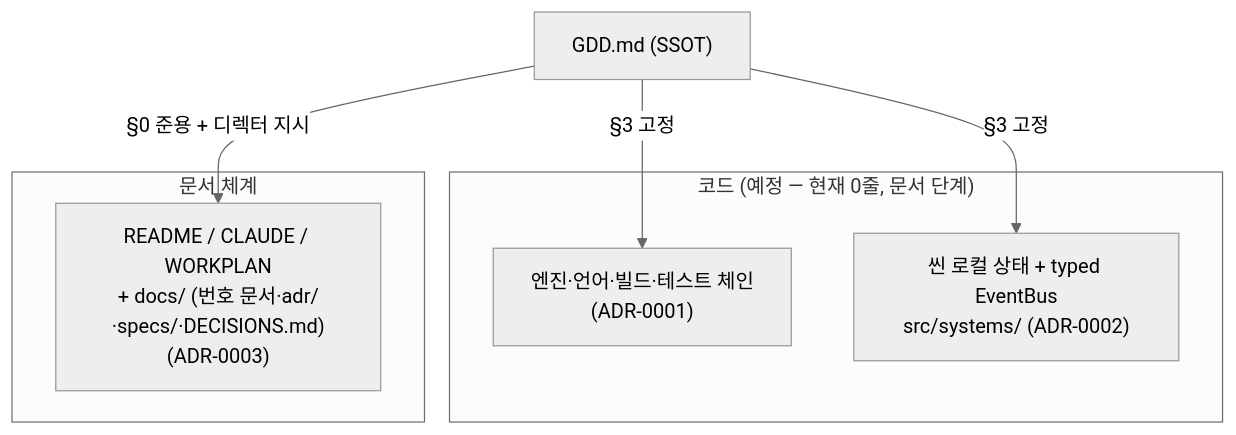
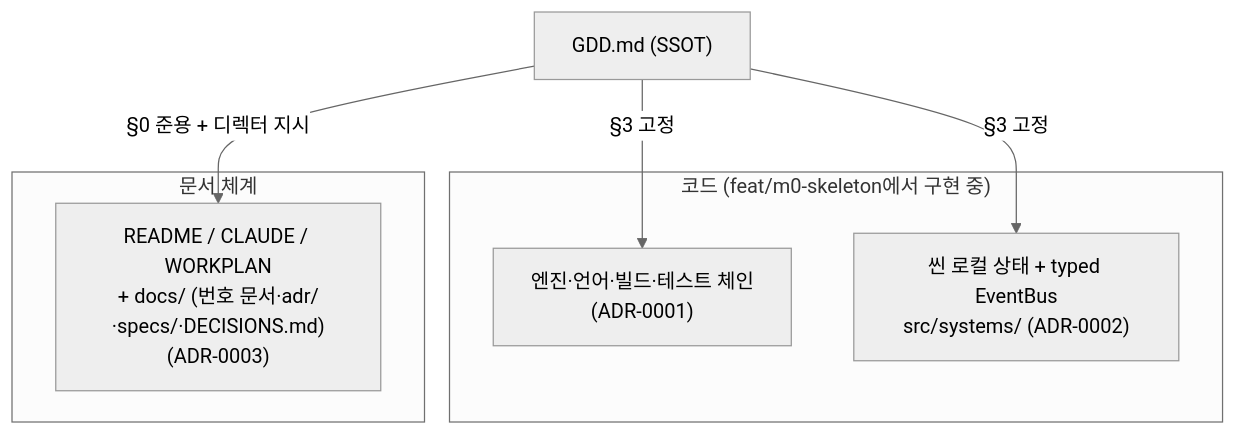
One commit to mooner92/happyeggs changed the diagram in docs/adr/README.md. Above: the diagram before and after it, drawn with Mermaid (neutral theme). The commit also changed 5 other files, not shown here.

First line of the commit message:
docs: sync architecture and decision log with m0 scaffold

````diff
--- a/docs/adr/README.md
+++ b/docs/adr/README.md
@@ -47,14 +47,14 @@
 ```mermaid
 flowchart TB
     GDD["GDD.md (SSOT)"]
-    subgraph Code["코드 (예정 — 현재 0줄, 문서 단계)"]
+    subgraph Code["코드 (feat/m0-skeleton에서 구현 중)"]
         Stack["엔진·언어·빌드·테스트 체인<br/>(ADR-0001)"]
         Bus["씬 로컬 상태 + typed EventBus<br/>src/systems/ (ADR-0002)"]
     end
     subgraph Docs["문서 체계"]
         SDD["README / CLAUDE / WORKPLAN<br/>+ docs/ (번호 문서·adr/·specs/·DECISIONS.md)<br/>(ADR-0003)"]
     end
     GDD -->|"§3 고정"| Stack
     GDD -->|"§3 고정"| Bus
     GDD -->|"§0 준용 + 디렉터 지시"| SDD
 ```
````
